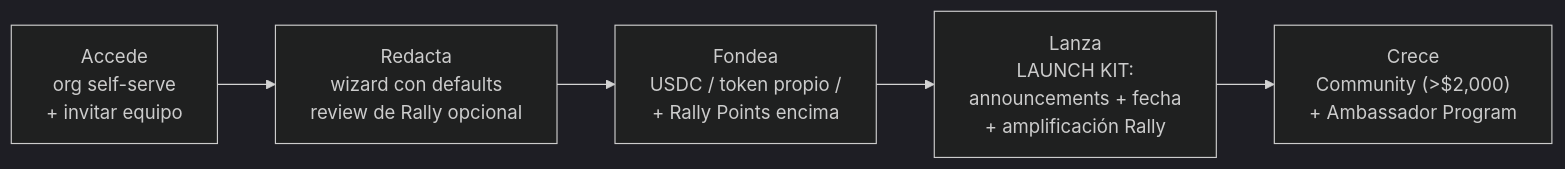
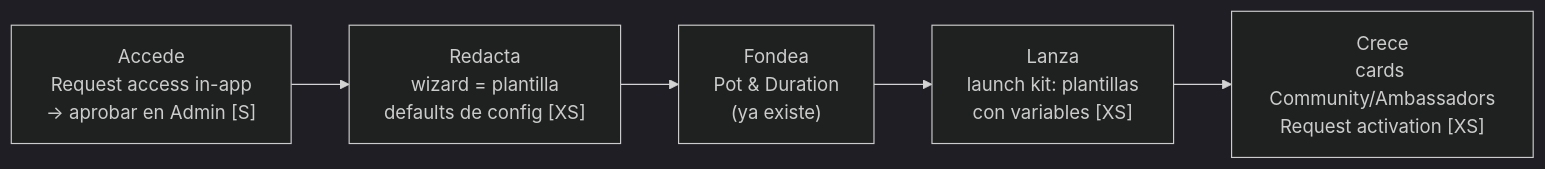
The second of 2 diagrams in rally-flows/app-rally-flows.md (sergiogenlayer/predictionmarket), drawn with Mermaid (dark theme) before and after one commit. The commit also changed other lines of this file and 1 other file, not shown here.

````diff
--- a/rally-flows/app-rally-flows.md
+++ b/rally-flows/app-rally-flows.md
@@ -37,7 +38,7 @@
 ```mermaid
 flowchart LR
-    A["Accede<br/>org self-serve<br/>+ invitar equipo"] --> B["Redacta<br/>wizard con defaults<br/>review de Rally opcional"]
-    B --> C["Fondea<br/>USDC / token propio /<br/>+ Rally Points encima"]
-    C --> D["Lanza<br/>LAUNCH KIT:<br/>announcements + fecha<br/>+ amplificación Rally"]
-    D --> E["Crece<br/>Community (>$2,000)<br/>+ Ambassador Program"]
+    A["Accede<br/>Request access in-app<br/>→ aprobar en Admin [S]"] --> B["Redacta<br/>wizard = plantilla<br/>defaults de config [XS]"]
+    B --> C["Fondea<br/>Pot & Duration<br/>(ya existe)"]
+    C --> D["Lanza<br/>launch kit: plantillas<br/>con variables [XS]"]
+    D --> E["Crece<br/>cards Community/Ambassadors<br/>Request activation [XS]"]
 ```
````
